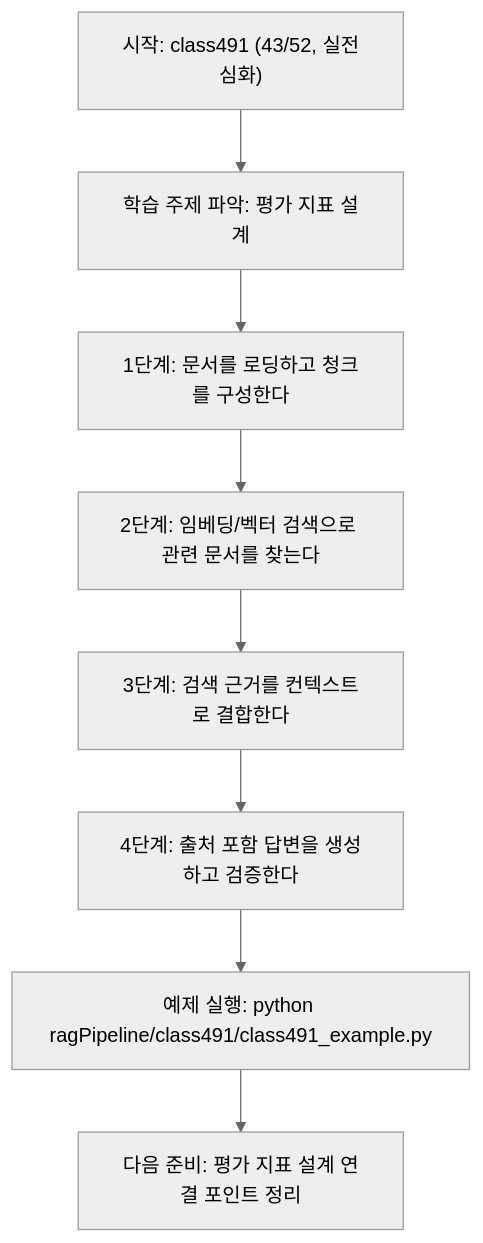
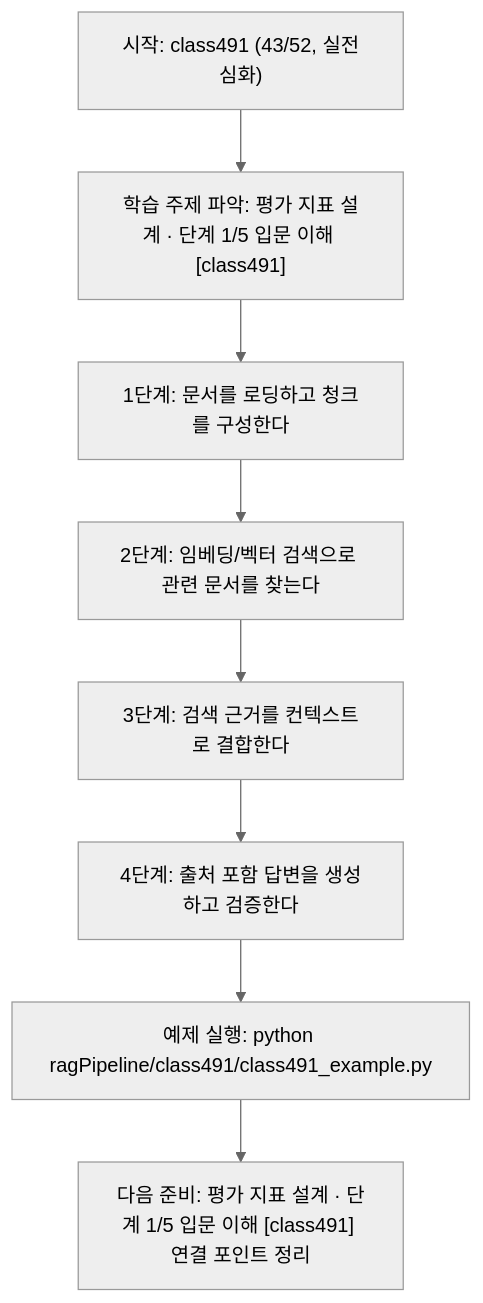
The diagram in ragPipeline/class491/class491.md (edumgt/Python-AI_Agent-Class), drawn with Mermaid (neutral theme) before and after one commit. The commit also changed other lines of this file and 522 other files, not shown here.

````diff
--- a/ragPipeline/class491/class491.md
+++ b/ragPipeline/class491/class491.md
@@ -110,18 +111,18 @@
 ```mermaid
 flowchart TD
 N1["시작: class491 (43/52, 실전심화)"]
-N2["학습 주제 파악: 평가 지표 설계"]
+N2["학습 주제 파악: 평가 지표 설계 · 단계 1/5 입문 이해 [class491]"]
 N3["1단계: 문서를 로딩하고 청크를 구성한다"]
 N4["2단계: 임베딩/벡터 검색으로 관련 문서를 찾는다"]
 N5["3단계: 검색 근거를 컨텍스트로 결합한다"]
 N6["4단계: 출처 포함 답변을 생성하고 검증한다"]
 N7["예제 실행: python ragPipeline/class491/class491_example.py"]
-N8["다음 준비: 평가 지표 설계 연결 포인트 정리"]
+N8["다음 준비: 평가 지표 설계 · 단계 1/5 입문 이해 [class491] 연결 포인트 정리"]
 N1 --> N2
 N2 --> N3
 N3 --> N4
 N4 --> N5
 N5 --> N6
 N6 --> N7
 N7 --> N8
 ```
````
